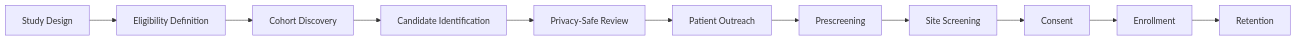
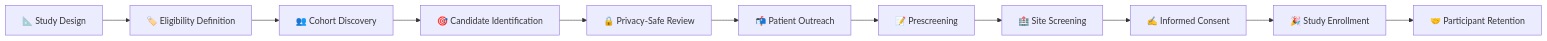
Before and after one commit to ishandutta2007/Awesome-Patient-Recruitment: the fourth of 4 diagrams in README.md, drawn with Mermaid. The commit also changed other lines of this file and 1 other file, not shown here.

````diff
--- a/README.md
+++ b/README.md
@@ -924,25 +457,13 @@
 ```mermaid
-
 flowchart LR
-
-    A[Study Design] --> B[Eligibility Definition]
-
-    B --> C[Cohort Discovery]
-
-    C --> D[Candidate Identification]
-
-    D --> E[Privacy-Safe Review]
-
-    E --> F[Patient Outreach]
-
-    F --> G[Prescreening]
-
-    G --> H[Site Screening]
-
-    H --> I[Consent]
-
-    I --> J[Enrollment]
-
-    J --> K[Retention]
-
+    A[📐 Study Design] --> B[🏷️ Eligibility Definition]
+    B --> C[👥 Cohort Discovery]
+    C --> D[🎯 Candidate Identification]
+    D --> E[🔒 Privacy-Safe Review]
+    E --> F[📬 Patient Outreach]
+    F --> G[📝 Prescreening]
+    G --> H[🏥 Site Screening]
+    H --> I[✍️ Informed Consent]
+    I --> J[🎉 Study Enrollment]
+    J --> K[🤝 Participant Retention]
 ```
````
